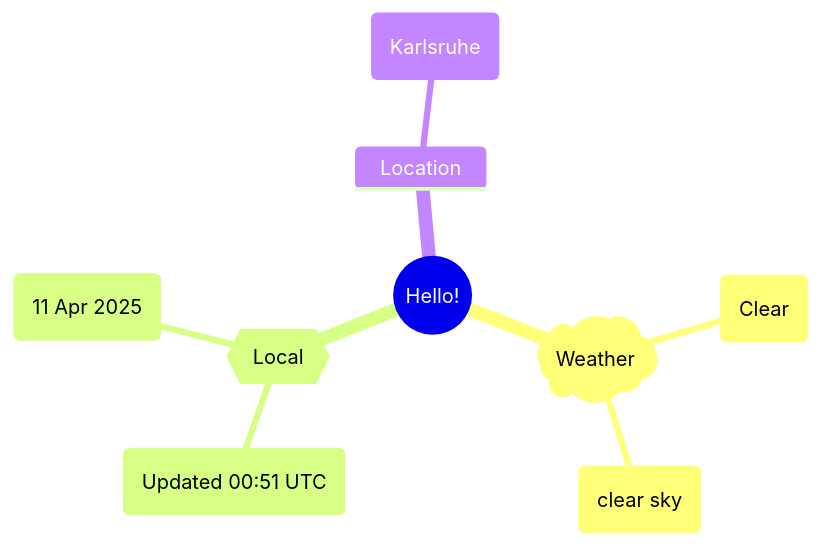
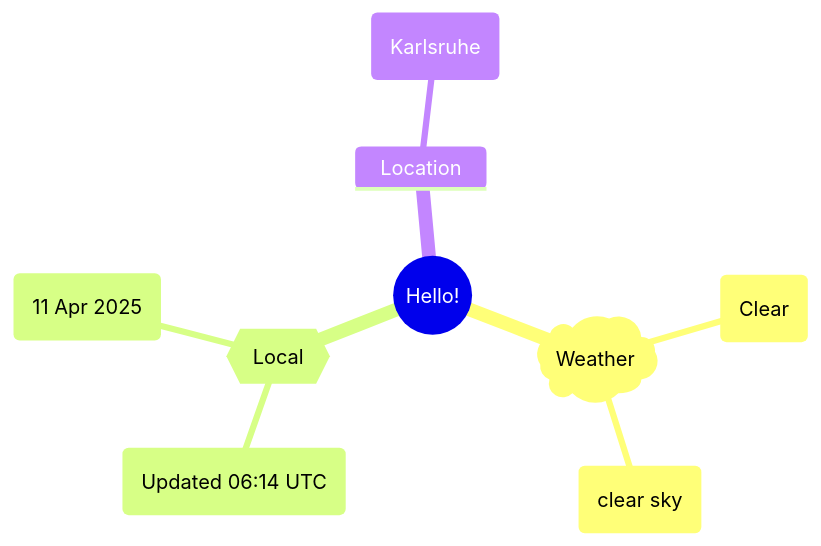
Before and after one commit to Xosrov/Xosrov: the first of 2 diagrams in README.md, drawn with Mermaid.

Commit message:
[bot] updated images

````diff
--- a/README.md
+++ b/README.md
@@ -3,12 +3,12 @@
 ```mermaid
 mindmap
   root((Hello!))
     )Weather(
         (Clear)
         (clear sky)
     {{Local}}
-        (Updated 00:51 UTC)
+        (Updated 06:14 UTC)
         (11 Apr 2025)
     Location
         (Karlsruhe)
 ```
````
